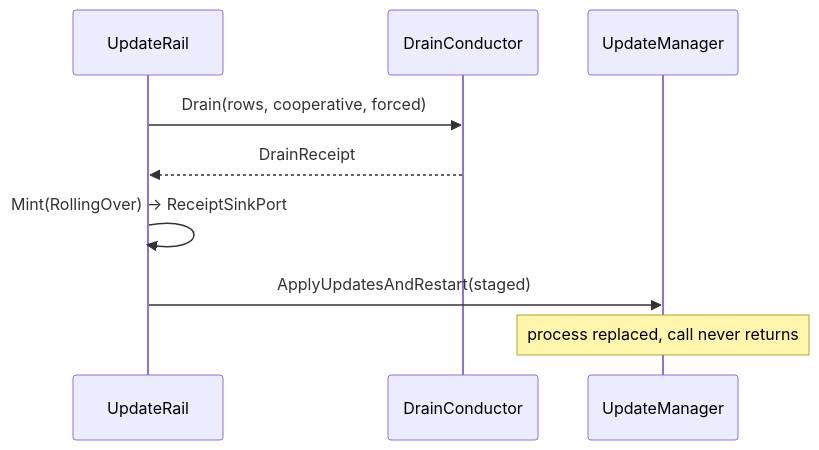
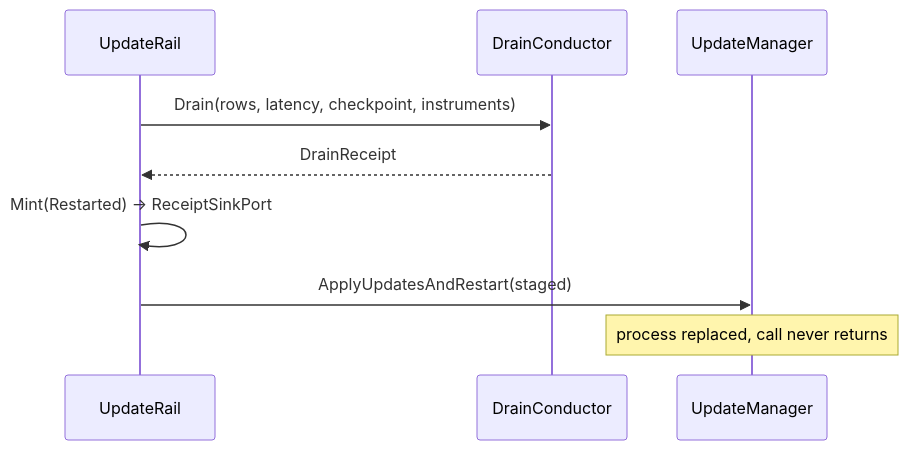
One commit to bsamiee/Rasm changed the second of 2 diagrams in libs/csharp/Rasm.AppHost/.planning/Sandbox/provisioning.md. Above: the diagram before and after it, drawn with Mermaid. The commit also changed other lines of this file and 818 other files, not shown here.

````diff
--- a/libs/csharp/Rasm.AppHost/.planning/Sandbox/provisioning.md
+++ b/libs/csharp/Rasm.AppHost/.planning/Sandbox/provisioning.md
@@ -428,13 +547,13 @@
 ```mermaid
 sequenceDiagram
     accTitle: Drain-gated restart handoff
-    accDescr: UpdateRail drains the node, records rollover, and hands restart to Velopack.
+    accDescr: UpdateRail drains the node, seals the latency ledger, records rollover, and hands restart to Velopack.
     participant Rail as UpdateRail
     participant Drain as DrainConductor
     participant Velopack as UpdateManager
-    Rail->>Drain: Drain(rows, cooperative, forced)
+    Rail->>Drain: Drain(rows, latency, checkpoint, instruments)
     Drain-->>Rail: DrainReceipt
-    Rail->>Rail: Mint(RollingOver) -> ReceiptSinkPort
+    Rail->>Rail: Mint(Restarted) -> ReceiptSinkPort
     Rail->>Velopack: ApplyUpdatesAndRestart(staged)
     Note over Velopack: process replaced, call never returns
 ```
````
